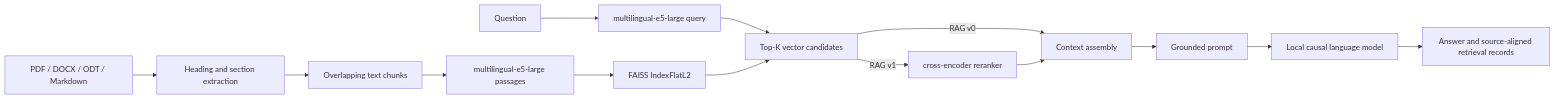
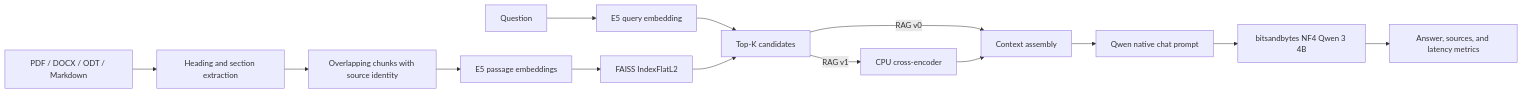
One commit to miloskec/rag-faiss changed the diagram in Readme.md. Above: the diagram before and after it, drawn with Mermaid. The commit also changed other lines of this file and 21 other files, not shown here.

First line of the commit message:
feat: migrate RAG answer model to Qwen 3 4-bit

````diff
--- a/Readme.md
+++ b/Readme.md
@@ -26,15 +20,15 @@
 ```mermaid
 flowchart LR
     A[PDF / DOCX / ODT / Markdown] --> B[Heading and section extraction]
-    B --> C[Overlapping text chunks]
-    C --> D[multilingual-e5-large passages]
+    B --> C[Overlapping chunks with source identity]
+    C --> D[E5 passage embeddings]
     D --> E[FAISS IndexFlatL2]
-    Q[Question] --> F[multilingual-e5-large query]
-    F --> G[Top-K vector candidates]
+    Q[Question] --> F[E5 query embedding]
+    F --> G[Top-K candidates]
     E --> G
     G -->|RAG v0| H[Context assembly]
-    G -->|RAG v1| R[cross-encoder reranker] --> H
-    H --> P[Grounded prompt]
-    P --> L[Local causal language model]
-    L --> O[Answer and source-aligned retrieval records]
+    G -->|RAG v1| R[CPU cross-encoder] --> H
+    H --> P[Qwen native chat prompt]
+    P --> L[bitsandbytes NF4 Qwen 3 4B]
+    L --> O[Answer, sources, and latency metrics]
 ```
````
